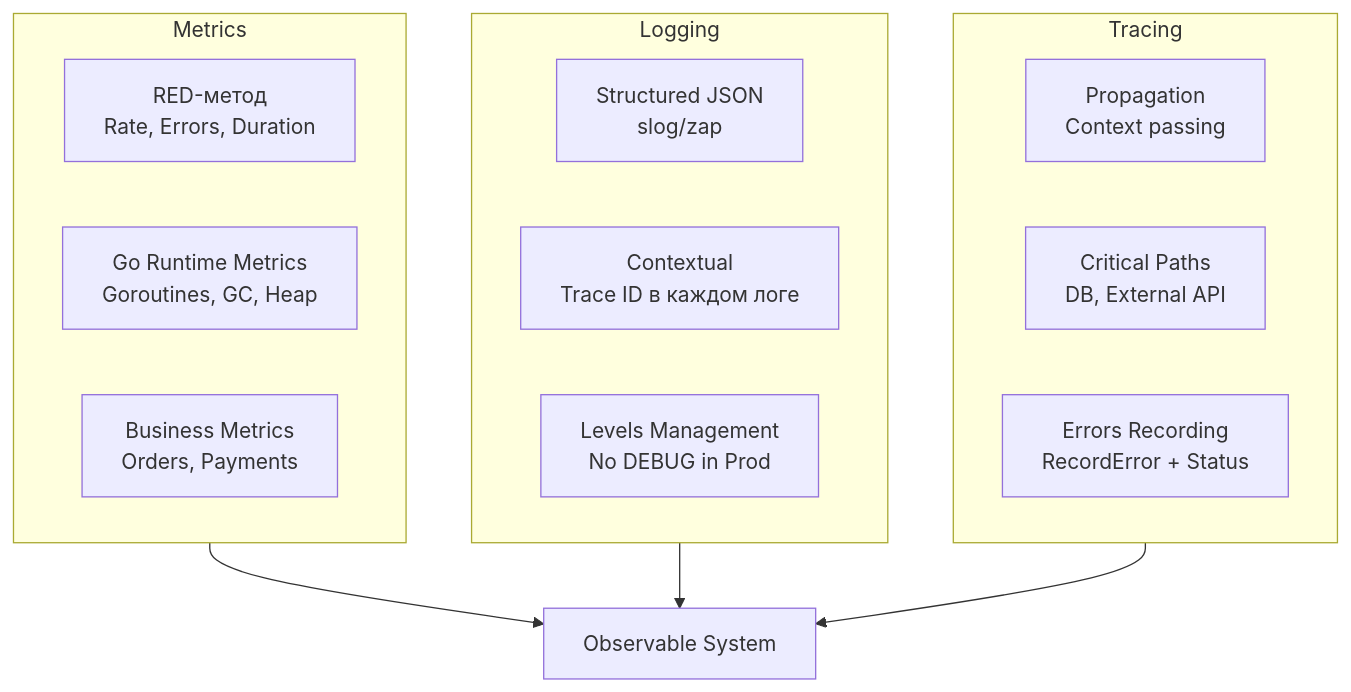
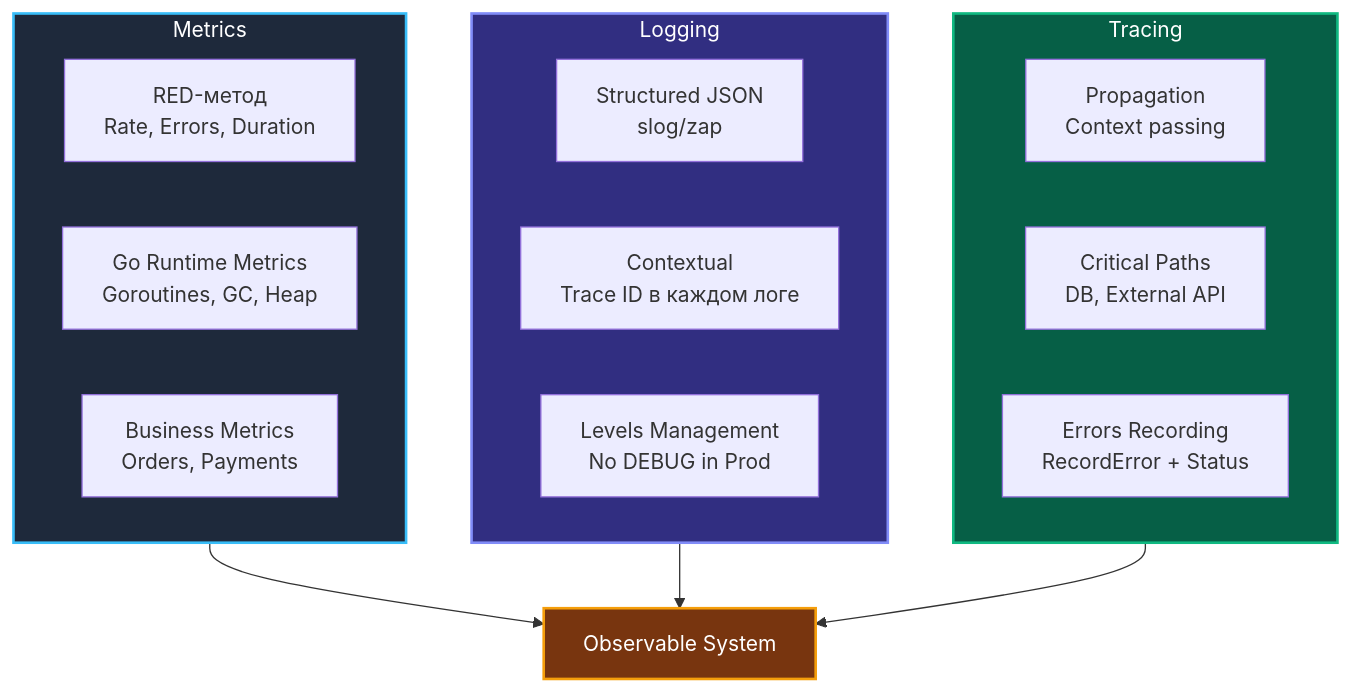
Before and after one commit to UnrealTemplier/go-textbook: the diagram in sources/18. Observability (Мониторинг и наблюдаемость)/05. Практика/6. Итоги раздела. Observable system.md, drawn with Mermaid. The commit also changed other lines of this file, not shown here.

````diff
--- a/sources/18. Observability (Мониторинг и наблюдаемость)/05. Практика/6. Итоги раздела. Observable system.md
+++ b/sources/18. Observability (Мониторинг и наблюдаемость)/05. Практика/6. Итоги раздела. Observable system.md
@@ -11,24 +29,29 @@
 ```mermaid
 flowchart TD
     subgraph A ["Metrics"]
         A1["RED-метод<br>Rate, Errors, Duration"]
         A2["Go Runtime Metrics<br>Goroutines, GC, Heap"]
         A3["Business Metrics<br>Orders, Payments"]
     end
 
     subgraph B ["Logging"]
         B1["Structured JSON<br>slog/zap"]
         B2["Contextual<br>Trace ID в каждом логе"]
         B3["Levels Management<br>No DEBUG in Prod"]
     end
 
     subgraph C ["Tracing"]
         C1["Propagation<br>Context passing"]
         C2["Critical Paths<br>DB, External API"]
         C3["Errors Recording<br>RecordError + Status"]
     end
 
     A --> D["Observable System"]
     B --> D
     C --> D
+
+    style A fill:#1e293b,stroke:#38bdf8,stroke-width:2px,color:#fff
+    style B fill:#312e81,stroke:#818cf8,stroke-width:2px,color:#fff
+    style C fill:#065f46,stroke:#10b981,stroke-width:2px,color:#fff
+    style D fill:#78350f,stroke:#f59e0b,stroke-width:2px,color:#fff
 ```
````
